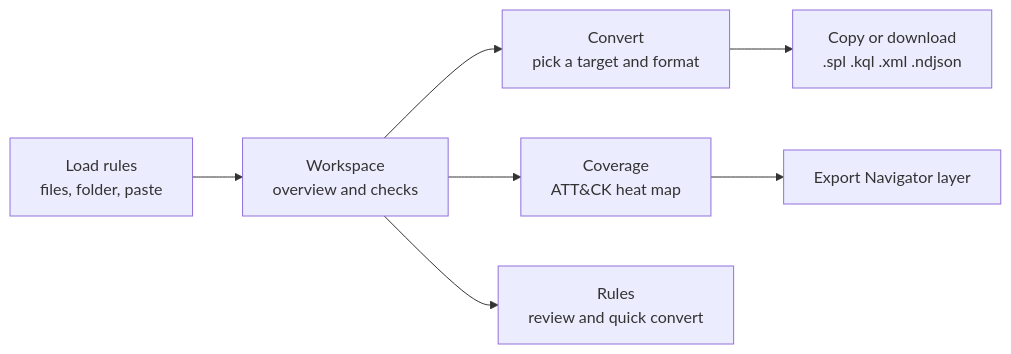
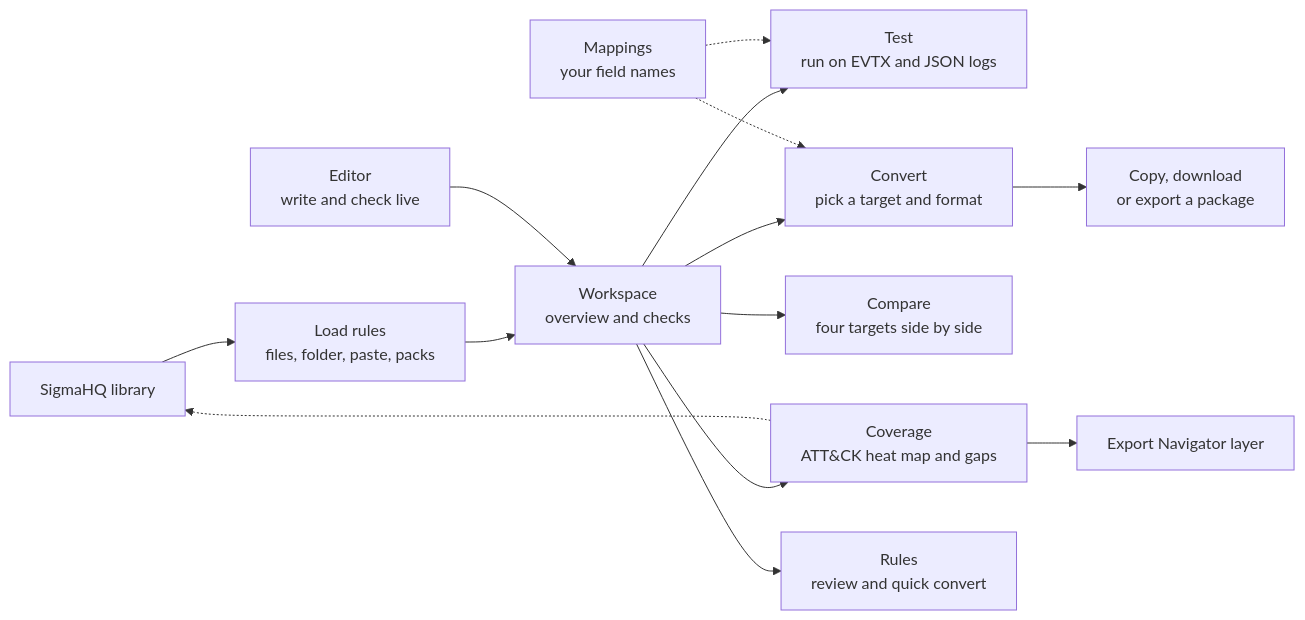
Before and after one commit to qays3/Sigma-Forge: the first of 5 diagrams in README.md, drawn with Mermaid. The commit also changed other lines of this file and 282 other files, not shown here.

Commit message:
add new smaples that cover the whole MITRE, add a new features for mapping and live edit rules, compare between 4 platforms as rules converter

````diff
--- a/README.md
+++ b/README.md
@@ -157,9 +184,16 @@
 ```mermaid
 flowchart LR
-    A[Load rules<br/>files, folder, paste] --> B[Workspace<br/>overview and checks]
+    L[SigmaHQ library] --> A
+    A[Load rules<br/>files, folder, paste, packs] --> B[Workspace<br/>overview and checks]
+    ED[Editor<br/>write and check live] --> B
+    B --> T[Test<br/>run on EVTX and JSON logs]
     B --> C[Convert<br/>pick a target and format]
-    B --> D[Coverage<br/>ATT&CK heat map]
+    B --> CP[Compare<br/>four targets side by side]
+    B --> D[Coverage<br/>ATT&CK heat map and gaps]
     B --> E[Rules<br/>review and quick convert]
-    C --> F[Copy or download<br/>.spl .kql .xml .ndjson]
+    M[Mappings<br/>your field names] -.-> C
+    M -.-> T
+    C --> F[Copy, download<br/>or export a package]
     D --> G[Export Navigator layer]
+    D -.-> L
 ```
````
